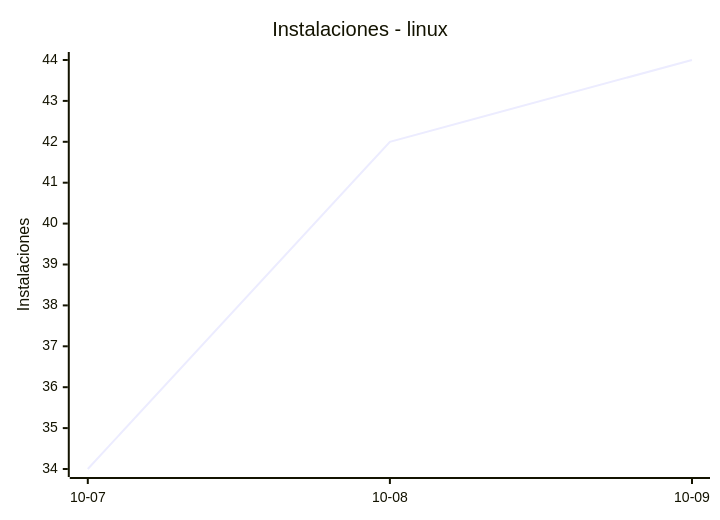
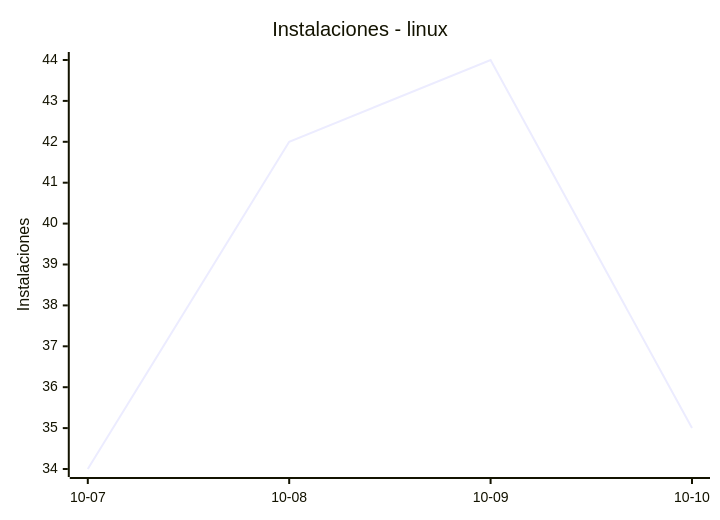
The fourth of 8 diagrams in README.md (EmuDeck/stats), drawn with Mermaid before and after one commit. The commit also changed other lines of this file and 2 other files, not shown here.

````diff
--- a/README.md
+++ b/README.md
@@ -52,7 +52,7 @@
 ```mermaid
 xychart-beta
     title "Instalaciones - linux"
-    x-axis ["10-07", "10-08", "10-09"]
+    x-axis ["10-07", "10-08", "10-09", "10-10"]
     y-axis "Instalaciones"
-    line [34, 42, 44]
+    line [34, 42, 44, 35]
 ```
````
